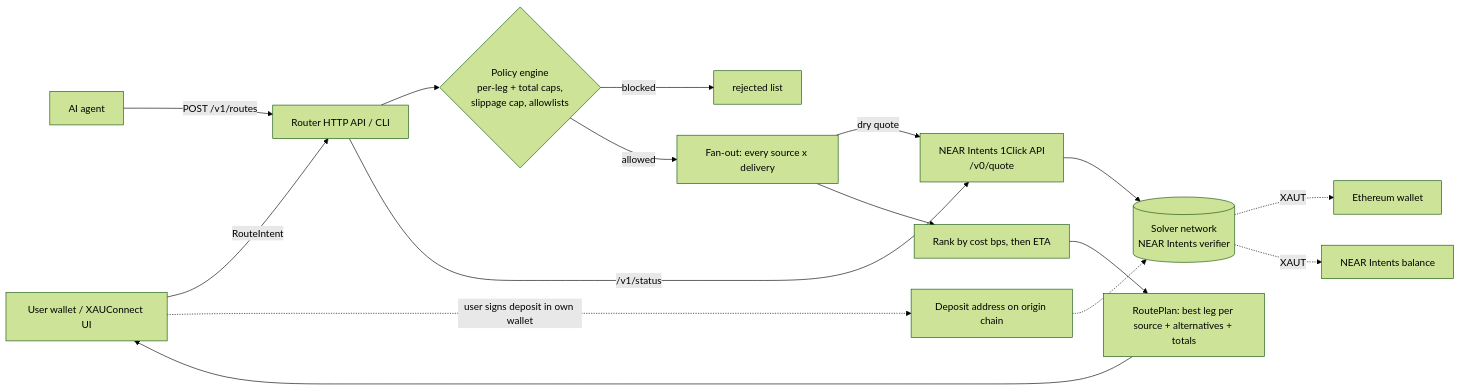
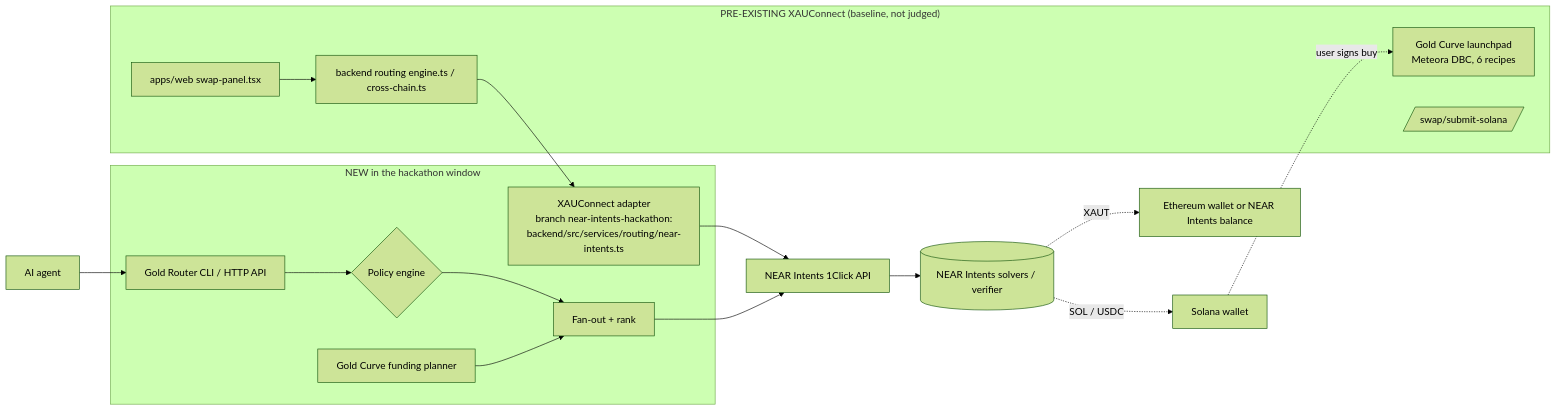
One commit to akhilexx/xauconnect-gold-router changed the diagram in README.md. Above: the diagram before and after it, drawn with Mermaid (forest theme). The commit also changed other lines of this file and 2 other files, not shown here.

First line of the commit message:
docs: rework around the real XAUConnect codebase

````diff
--- a/README.md
+++ b/README.md
@@ -49,17 +54,23 @@
 ```mermaid
 flowchart LR
-  U[User wallet / XAUConnect UI] -->|RouteIntent| API[Router HTTP API / CLI]
-  AG[AI agent] -->|POST /v1/routes| API
-  API --> P{Policy engine<br/>per-leg + total caps,<br/>slippage cap, allowlists}
-  P -->|blocked| R[rejected list]
-  P -->|allowed| F[Fan-out: every source x delivery]
-  F -->|dry quote| OC[NEAR Intents 1Click API<br/>/v0/quote]
-  OC --> S[(Solver network<br/>NEAR Intents verifier)]
-  F --> RK[Rank by cost bps, then ETA]
-  RK --> PL[RoutePlan: best leg per source + alternatives + totals]
-  PL --> U
-  U -.->|user signs deposit in own wallet| DEP[Deposit address on origin chain]
-  DEP -.-> S -.->|XAUT| D1[Ethereum wallet]
-  S -.->|XAUT| D2[NEAR Intents balance]
-  API -->|/v1/status| OC
+  subgraph NEW["NEW in the hackathon window"]
+    API[Gold Router CLI / HTTP API]
+    P{Policy engine}
+    F[Fan-out + rank]
+    GC[Gold Curve funding planner]
+    ADP[XAUConnect adapter<br/>branch near-intents-hackathon:<br/>backend/src/services/routing/near-intents.ts]
+  end
+  subgraph OLD["PRE-EXISTING XAUConnect (baseline, not judged)"]
+    WEB[apps/web swap-panel.tsx]
+    ENG[backend routing engine.ts / cross-chain.ts]
+    GCX[Gold Curve launchpad<br/>Meteora DBC, 6 recipes]
+    SUB[/swap/submit-solana/]
+  end
+  AG[AI agent] --> API
+  WEB --> ENG --> ADP --> OC
+  API --> P --> F --> OC[NEAR Intents 1Click API]
+  GC --> F
+  OC --> SOLV[(NEAR Intents solvers / verifier)]
+  SOLV -.XAUT.-> ETH[Ethereum wallet or NEAR Intents balance]
+  SOLV -.SOL / USDC.-> SOLW[Solana wallet] -.user signs buy.-> GCX
 ```
````
